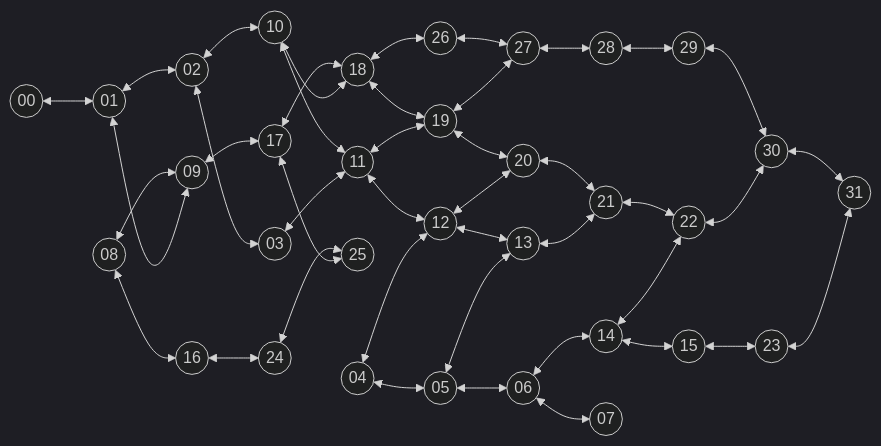
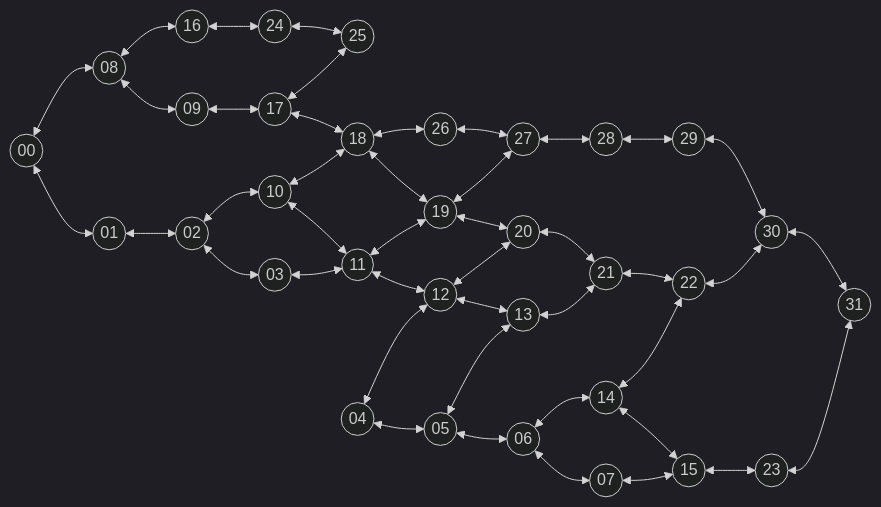
Before and after one commit to H2WO4/project_m101: the diagram in README.md, drawn with Mermaid (dark theme).

```diff
--- a/README.md
+++ b/README.md
@@ -75,12 +75,13 @@
 
 
   %% Vertical
-  01 <--> 09
+  00 <--> 08
   02 <--> 10
   03 <--> 11
   04 <--> 12
   05 <--> 13
   06 <--> 14
+  07 <--> 15
 
   08 <--> 16
   09 <--> 17
```
